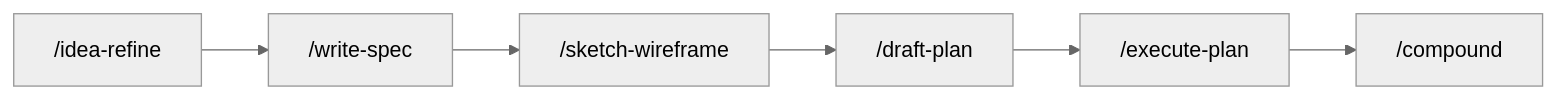
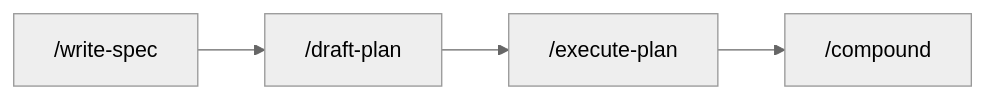
One commit to toy-crane/claude-code-playbook-template changed the diagram in README.md. Above: the diagram before and after it, drawn with Mermaid (neutral theme). The commit also changed other lines of this file and 18 other files, not shown here.

First line of the commit message:
refactor: SDD 워크플로우 계층화와 판정 기준 ID 체계 도입 (#81)

````diff
--- a/README.md
+++ b/README.md
@@ -65,8 +68,6 @@
 ```mermaid
 flowchart LR
-    A["/idea-refine"] --> B["/write-spec"]
-    B --> C["/sketch-wireframe"]
-    C --> D["/draft-plan"]
-    D --> E["/execute-plan"]
-    E --> F["/compound"]
+    B["/write-spec"] --> C["/draft-plan"]
+    C --> D["/execute-plan"]
+    D --> E["/compound"]
 ```
````
